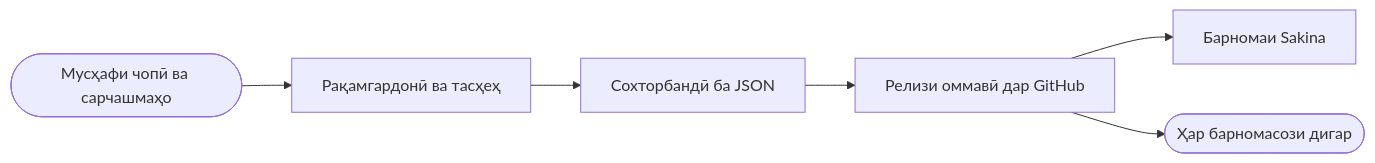
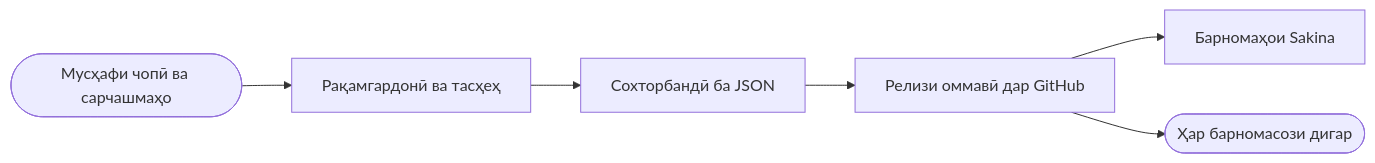
Before and after one commit to SakinaDevGroup/SakinaDevGroup: the diagram in README.tg.md, drawn with Mermaid. The commit also changed other lines of this file and 2 other files, not shown here.

First line of the commit message:
Add Sakina Quran to the apps section

````diff
--- a/README.tg.md
+++ b/README.tg.md
@@ -95,8 +118,8 @@
 ```mermaid
 flowchart LR
     A([Мусҳафи чопӣ ва сарчашмаҳо]) --> B[Рақамгардонӣ ва тасҳеҳ]
     B --> C[Сохторбандӣ ба JSON]
     C --> D[Релизи оммавӣ дар GitHub]
-    D --> E[Барномаи Sakina]
+    D --> E[Барномаҳои Sakina]
     D --> F([Ҳар барномасози дигар])
 ```
````
